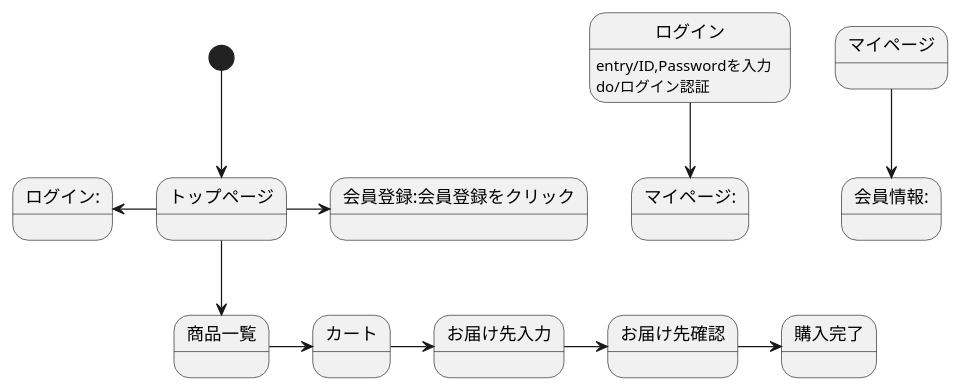
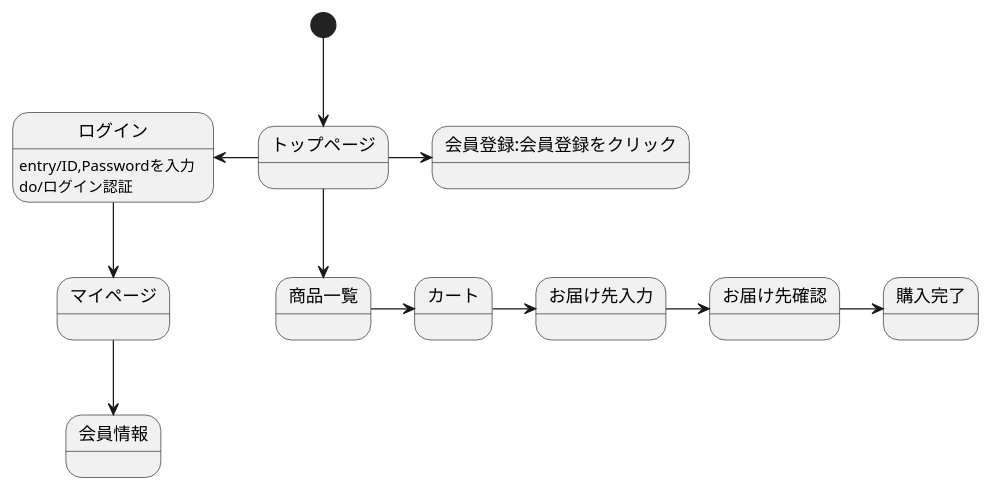
The diagram in stm01.md (Aso2001163/2021sys-design-2), drawn with PlantUML before and after one commit.

````diff
--- a/stm01.md
+++ b/stm01.md
@@ -1,16 +1,16 @@
 ```uml
 @startuml
 [*] --> トップページ
 トップページ -> 会員登録:会員登録をクリック
-トップページ -left-> ログイン:
-ログイン -down-> マイページ:
+トップページ -left-> ログイン
+ログイン -down-> マイページ
 ログイン:entry/ID,Passwordを入力
 ログイン:do/ログイン認証
-マイページ -down-> 会員情報:
+マイページ -down-> 会員情報
 トップページ --> 商品一覧
 商品一覧 -> カート
 カート -> お届け先入力
 お届け先入力 -> お届け先確認
 お届け先確認 -> 購入完了
 @enduml
 ```
````
